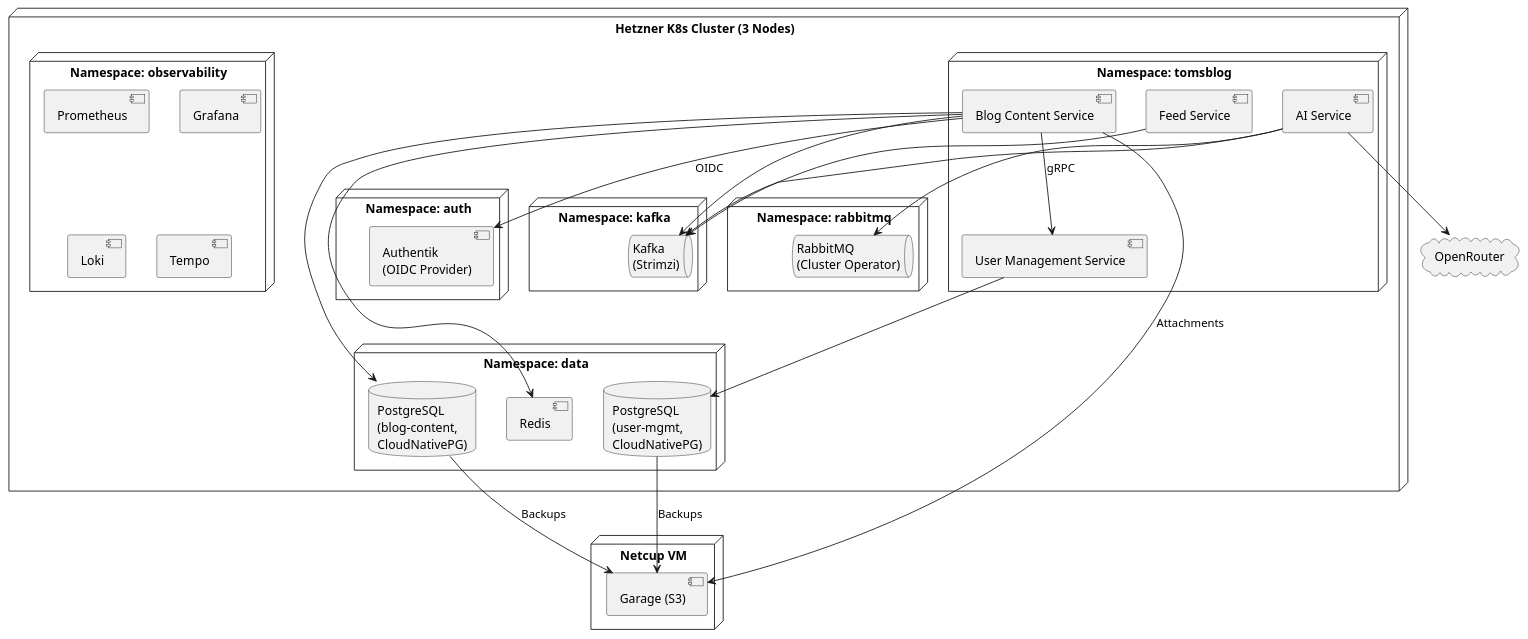
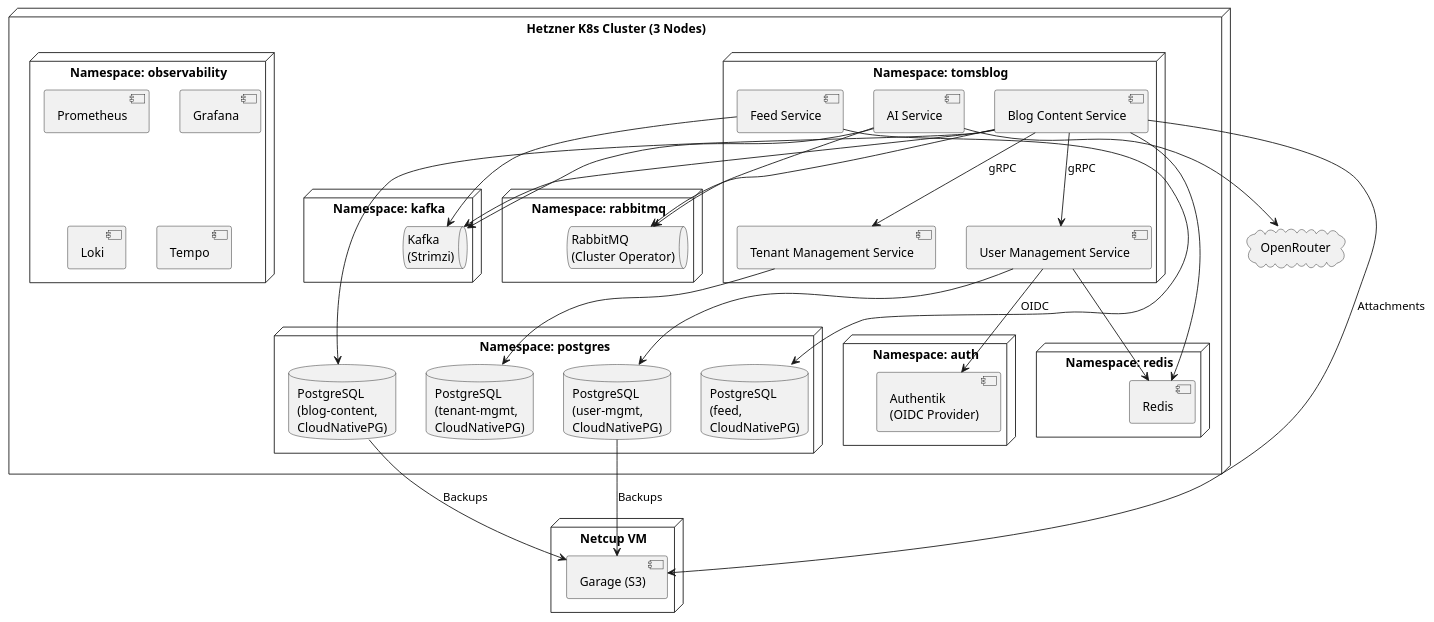
Before and after one commit to tomirgang/tomsblog: the diagram in docs/arc42/modules/ROOT/partials/plantuml/deployment.puml, drawn with PlantUML. The commit also changed 122 other files, not shown here.

```diff
--- a/docs/arc42/modules/ROOT/partials/plantuml/deployment.puml
+++ b/docs/arc42/modules/ROOT/partials/plantuml/deployment.puml
@@ -1,55 +1,66 @@
 @startuml deployment
 node "Hetzner K8s Cluster (3 Nodes)" {
   node "Namespace: tomsblog" {
     [Blog Content Service] as blog
     [User Management Service] as usermgmt
+    [Tenant Management Service] as tenantmgmt
     [Feed Service] as feed
     [AI Service] as ai
   }
 
-  node "Namespace: data" {
+  node "Namespace: postgres" {
     database "PostgreSQL\n(blog-content,\nCloudNativePG)" as db_blog
     database "PostgreSQL\n(user-mgmt,\nCloudNativePG)" as db_user
+    database "PostgreSQL\n(tenant-mgmt,\nCloudNativePG)" as db_tenant
+    database "PostgreSQL\n(feed,\nCloudNativePG)" as db_feed
+  }
+
+  node "Namespace: redis" {
     [Redis] as redis
   }
 
   node "Namespace: kafka" {
     queue "Kafka\n(Strimzi)" as kafka
   }
 
   node "Namespace: rabbitmq" {
     queue "RabbitMQ\n(Cluster Operator)" as rabbitmq
   }
 
   node "Namespace: auth" {
     [Authentik\n(OIDC Provider)] as authentik
   }
 
   node "Namespace: observability" {
     [Prometheus] as prom
     [Grafana] as grafana
     [Loki] as loki
     [Tempo] as tempo
   }
 }
 
 node "Netcup VM" {
   [Garage (S3)] as s3
 }
 
 cloud "OpenRouter" as openrouter
 
 blog --> db_blog
 usermgmt --> db_user
+tenantmgmt --> db_tenant
+feed --> db_feed
 blog --> usermgmt : gRPC
-blog --> authentik : OIDC
+blog --> tenantmgmt : gRPC
+usermgmt --> authentik : OIDC
 blog --> kafka
-blog --> redis
+blog --> rabbitmq
 feed --> kafka
 ai --> kafka
 ai --> rabbitmq
 ai --> openrouter
+blog --> redis
+usermgmt --> redis
 blog --> s3 : Attachments
 db_blog --> s3 : Backups
 db_user --> s3 : Backups
 @enduml
```
